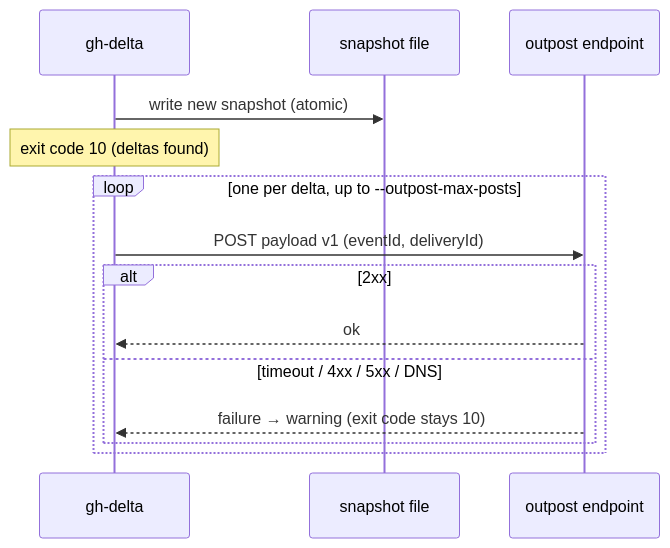
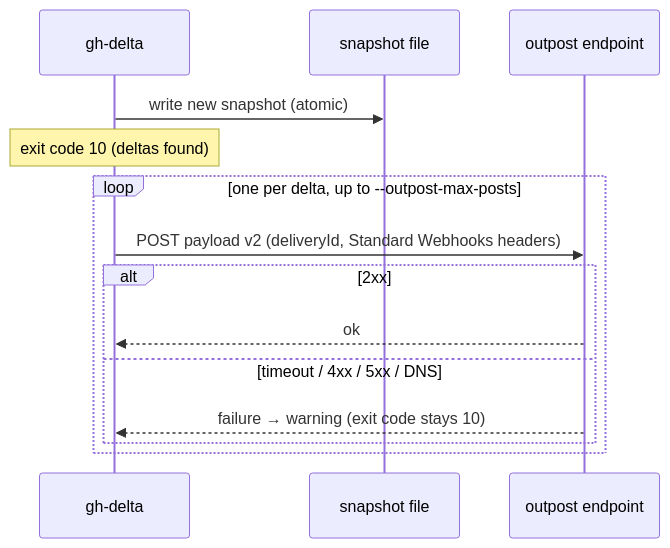
Before and after one commit to diegomarino/gh-delta: the second of 2 diagrams in docs/contract.md, drawn with Mermaid. The commit also changed other lines of this file and 1 other file, not shown here.

````diff
--- a/docs/contract.md
+++ b/docs/contract.md
@@ -1337,16 +1557,16 @@
 ```mermaid
 sequenceDiagram
     participant CLI as gh-delta
     participant FS as snapshot file
     participant EP as outpost endpoint
     CLI->>FS: write new snapshot (atomic)
     Note over CLI: exit code 10 (deltas found)
     loop one per delta, up to --outpost-max-posts
-        CLI->>EP: POST payload v1 (eventId, deliveryId)
+        CLI->>EP: POST payload v2 (deliveryId, Standard Webhooks headers)
         alt 2xx
             EP-->>CLI: ok
         else timeout / 4xx / 5xx / DNS
             EP-->>CLI: failure → warning (exit code stays 10)
         end
     end
 ```
````
